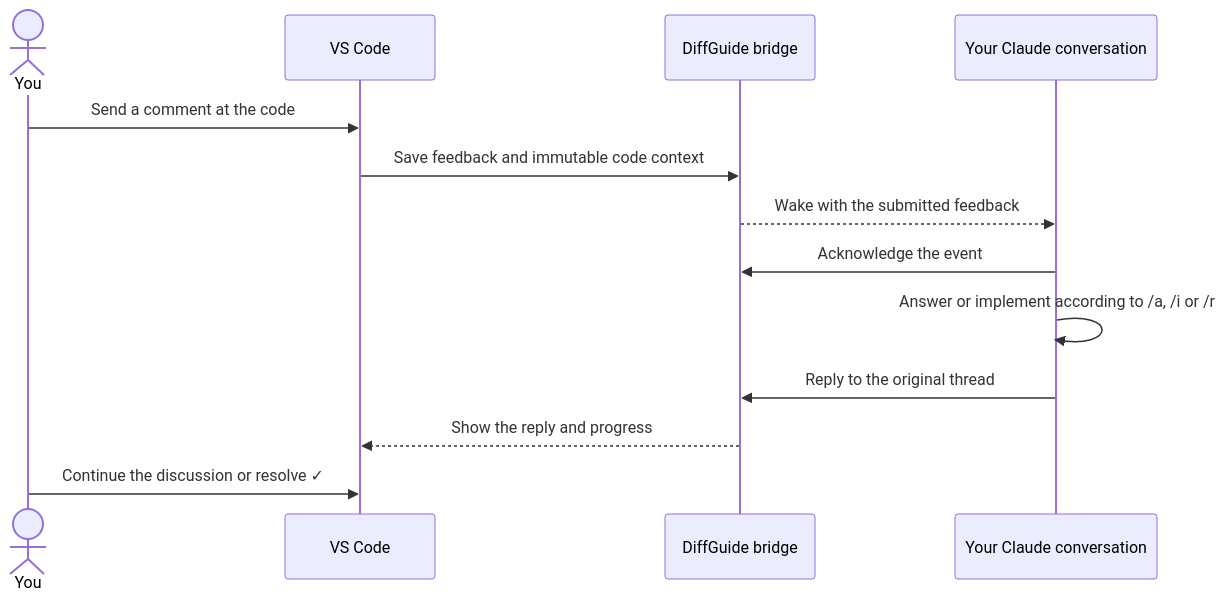
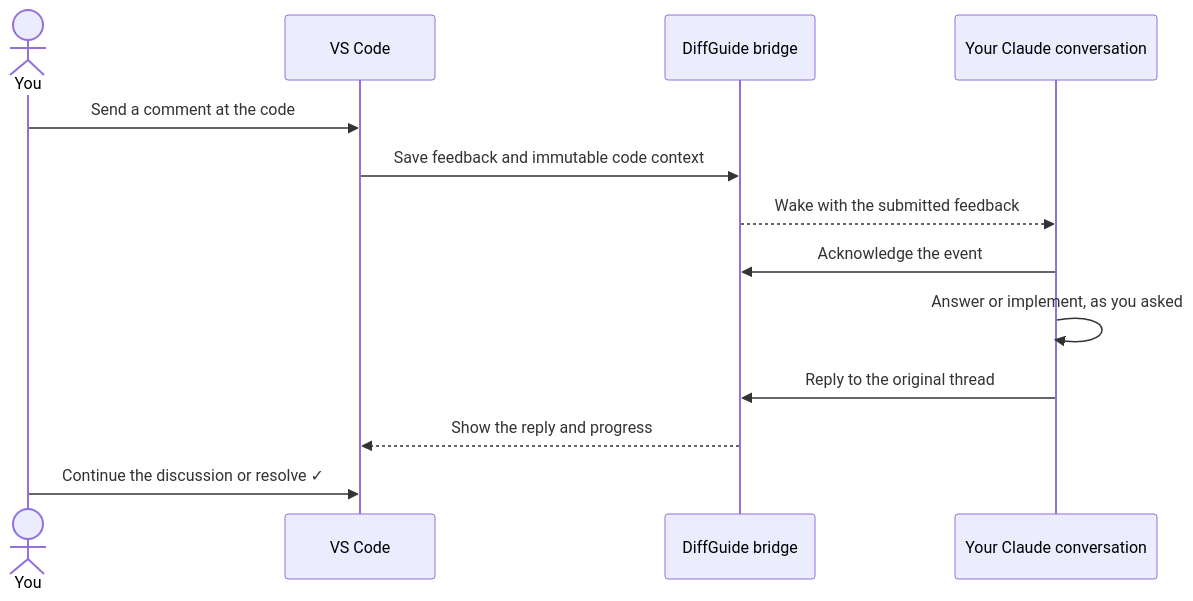
The second of 2 diagrams in README.md (kaiketsu-labs/diffguide), drawn with Mermaid before and after one commit. The commit also changed other lines of this file and 87 other files, not shown here.

````diff
--- a/README.md
+++ b/README.md
@@ -128,15 +125,15 @@
 ```mermaid
 sequenceDiagram
     actor You
     participant VS as VS Code
     participant Local as DiffGuide bridge
     participant Claude as Your Claude conversation
     You->>VS: Send a comment at the code
     VS->>Local: Save feedback and immutable code context
     Local-->>Claude: Wake with the submitted feedback
     Claude->>Local: Acknowledge the event
-    Claude->>Claude: Answer or implement according to /a, /i or /r
+    Claude->>Claude: Answer or implement, as you asked
     Claude->>Local: Reply to the original thread
     Local-->>VS: Show the reply and progress
     You->>VS: Continue the discussion or resolve ✓
 ```
````
